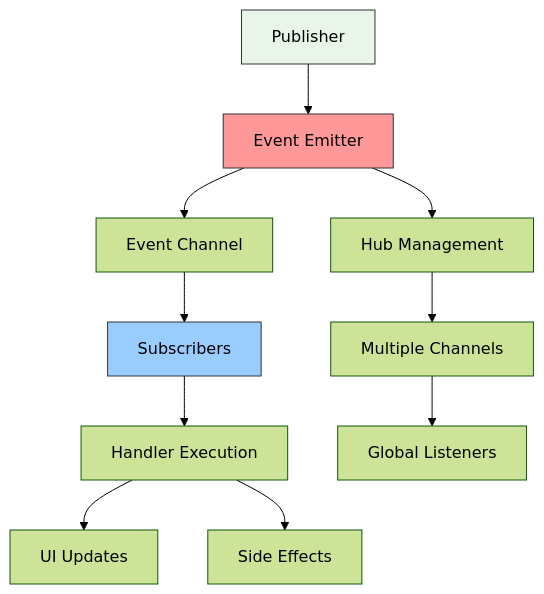
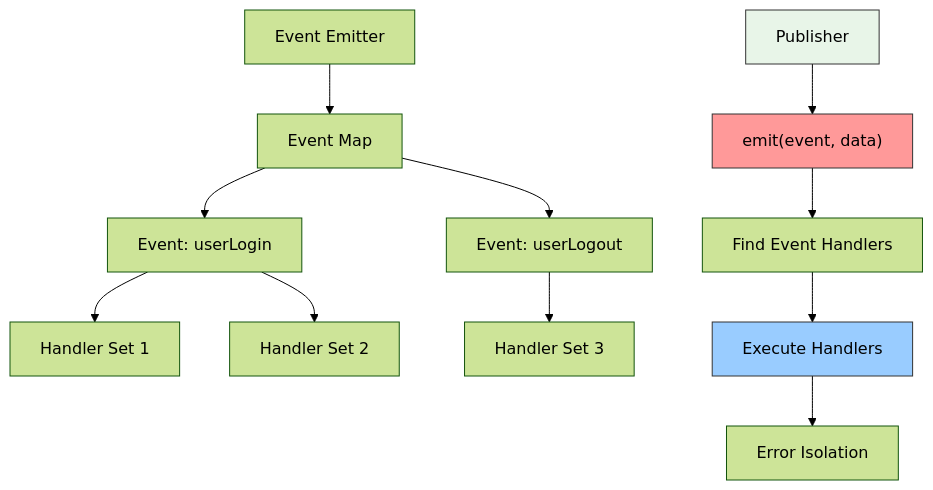
The seventh of 18 diagrams in README.md (sujeet-pro/reactivity), drawn with Mermaid (forest theme) before and after one commit. The commit also changed other lines of this file and 2 other files, not shown here.

Commit message:
chore: fix image

````diff
--- a/README.md
+++ b/README.md
@@ -360,17 +360,18 @@
 ```mermaid
 graph TD
-    A[Publisher] --> B[Event Emitter]
-    B --> C[Event Channel]
-    C --> D[Subscribers]
-    D --> E[Handler Execution]
-    E --> F[UI Updates]
-    E --> G[Side Effects]
+    A[Event Emitter] --> B[Event Map]
+    B --> C[Event: userLogin]
+    B --> D[Event: userLogout]
+    C --> E[Handler Set 1]
+    C --> F[Handler Set 2]
+    D --> G[Handler Set 3]
     
-    B --> H[Hub Management]
-    H --> I[Multiple Channels]
-    I --> J[Global Listeners]
+    H[Publisher] --> I["emit(event, data)"]
+    I --> J[Find Event Handlers]
+    J --> K[Execute Handlers]
+    K --> L[Error Isolation]
     
-    style A fill:#e8f5e8,stroke:#333,color:#000
-    style B fill:#ff9999,stroke:#333,color:#000
-    style D fill:#99ccff,stroke:#333,color:#000
+    style H fill:#e8f5e8,stroke:#333,color:#000
+    style I fill:#ff9999,stroke:#333,color:#000
+    style K fill:#99ccff,stroke:#333,color:#000
 ```
````
